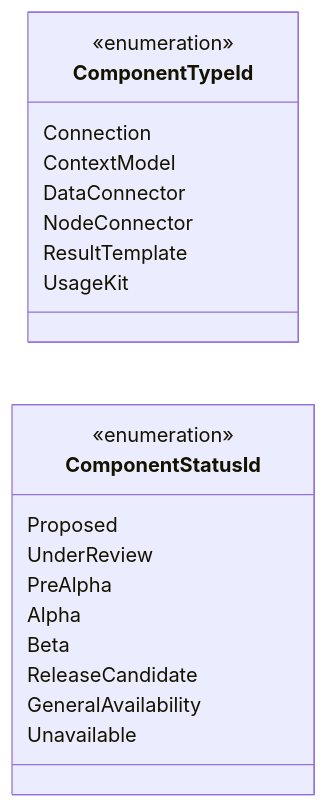
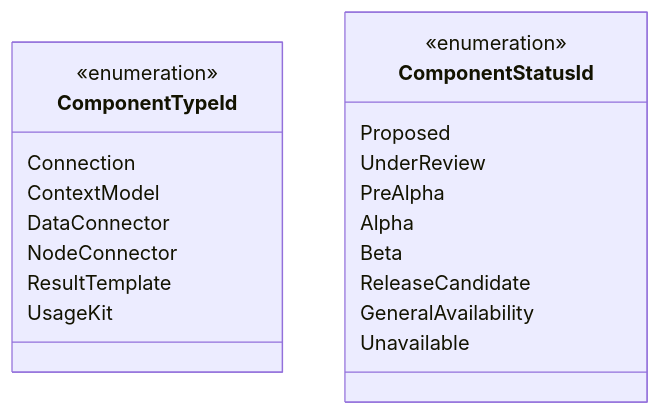
Before and after one commit to data-positioning/datapos-shared: the second of 9 diagrams in README.md, drawn with Mermaid. The commit also changed 1 other file, not shown here.

````diff
--- a/README.md
+++ b/README.md
@@ -46,26 +46,26 @@
 ```mermaid
 classDiagram
-    direction LR
+    direction TB
 
     class ComponentTypeId {
         <<enumeration>>
         Connection
         ContextModel
         DataConnector
         NodeConnector
         ResultTemplate
         UsageKit
     }
 
     class ComponentStatusId {
         <<enumeration>>
         Proposed
         UnderReview
         PreAlpha
         Alpha
         Beta
         ReleaseCandidate
         GeneralAvailability
         Unavailable
     }
 ```
````
